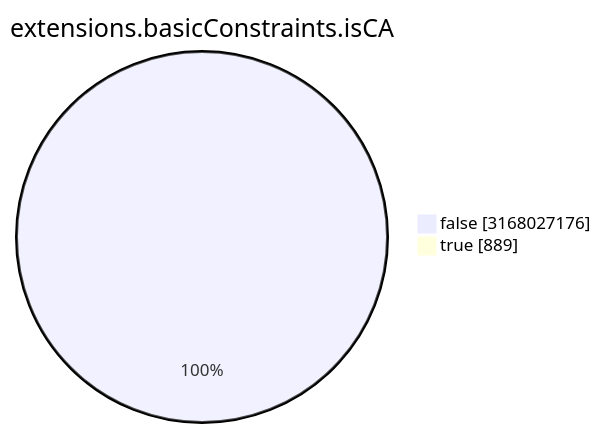
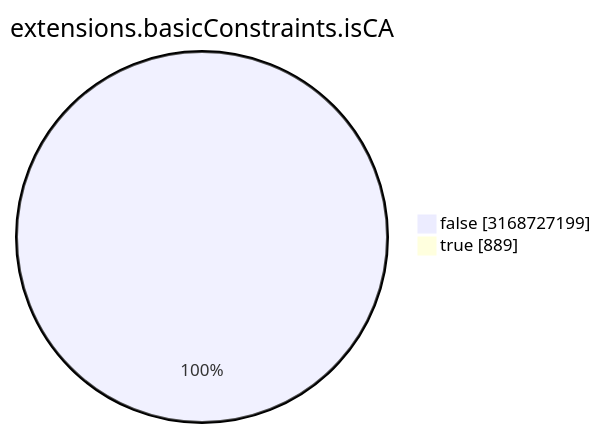
One commit to christiankrug/ctmonitor_visualization changed the seventh of 15 diagrams in TOTAL/README.md. Above: the diagram before and after it, drawn with Mermaid. The commit also changed other lines of this file, not shown here.

````diff
--- a/TOTAL/README.md
+++ b/TOTAL/README.md
@@ -3088,6 +3088,6 @@
 ```mermaid
 pie showData
 title extensions.basicConstraints.isCA
-"false" :3168027176
+"false" :3168727199
 "true" :889
 ```
````
